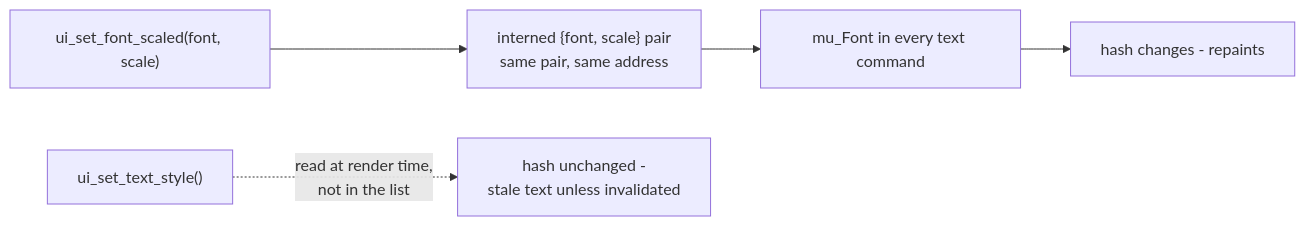
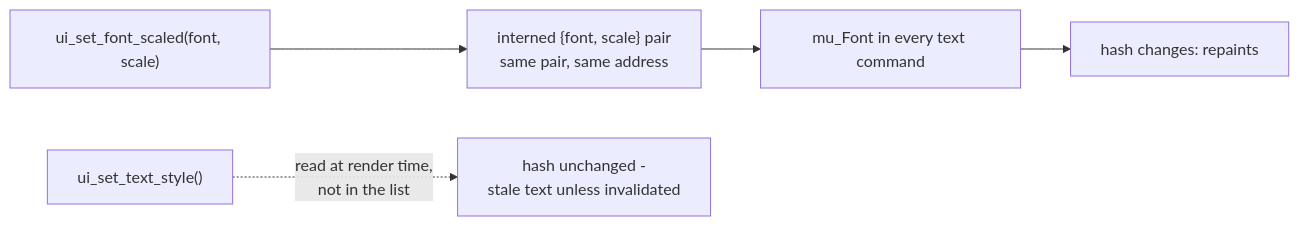
The second of 2 diagrams in docs/Text-and-Fonts.md (jose-villegas/autana), drawn with Mermaid before and after one commit. The commit also changed 6 other files, not shown here.

````diff
--- a/docs/Text-and-Fonts.md
+++ b/docs/Text-and-Fonts.md
@@ -93,7 +93,7 @@
 ```mermaid
 flowchart LR
     SF["ui_set_font_scaled(font, scale)"] --> PAIR["interned {font, scale} pair<br/>same pair, same address"]
     PAIR --> CMD["mu_Font in every text command"]
-    CMD --> HASH["hash changes - repaints"]
+    CMD --> HASH["hash changes: repaints"]
     ST["ui_set_text_style()"] -.->|"read at render time,<br/>not in the list"| MISS["hash unchanged -<br/>stale text unless invalidated"]
 ```
````
